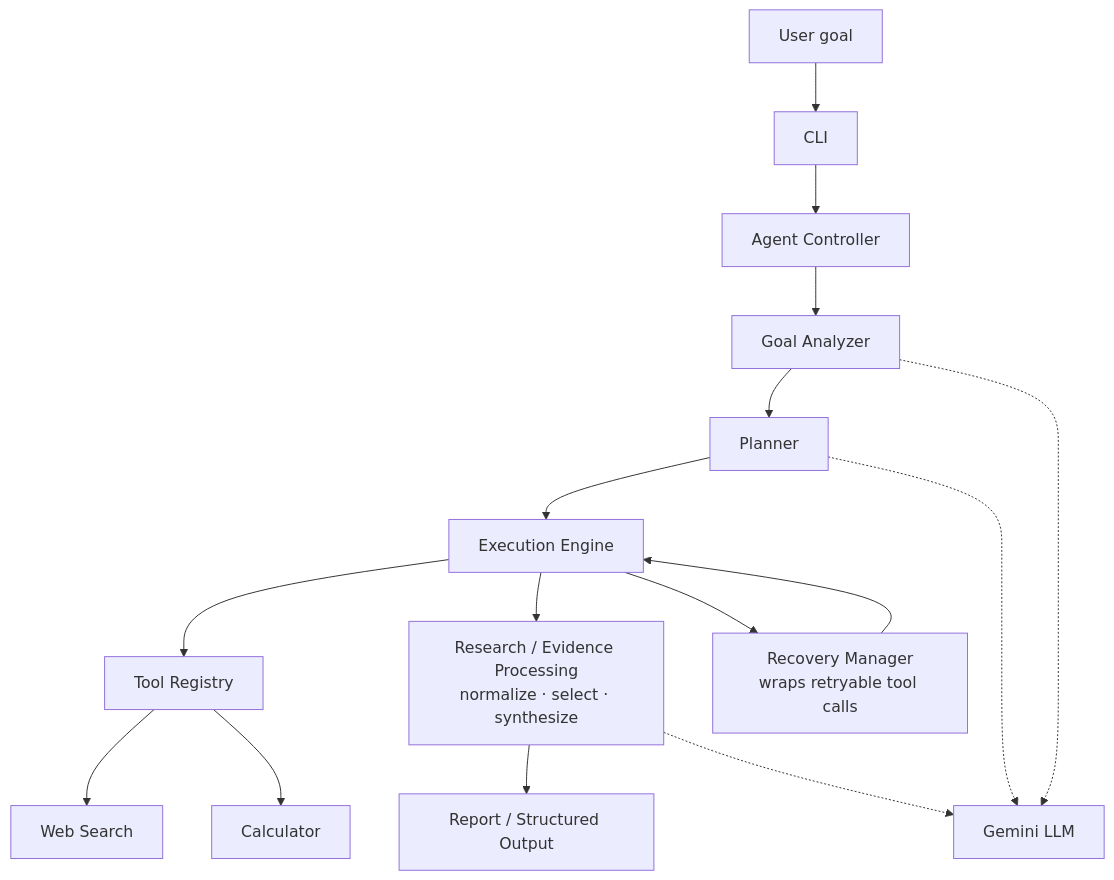
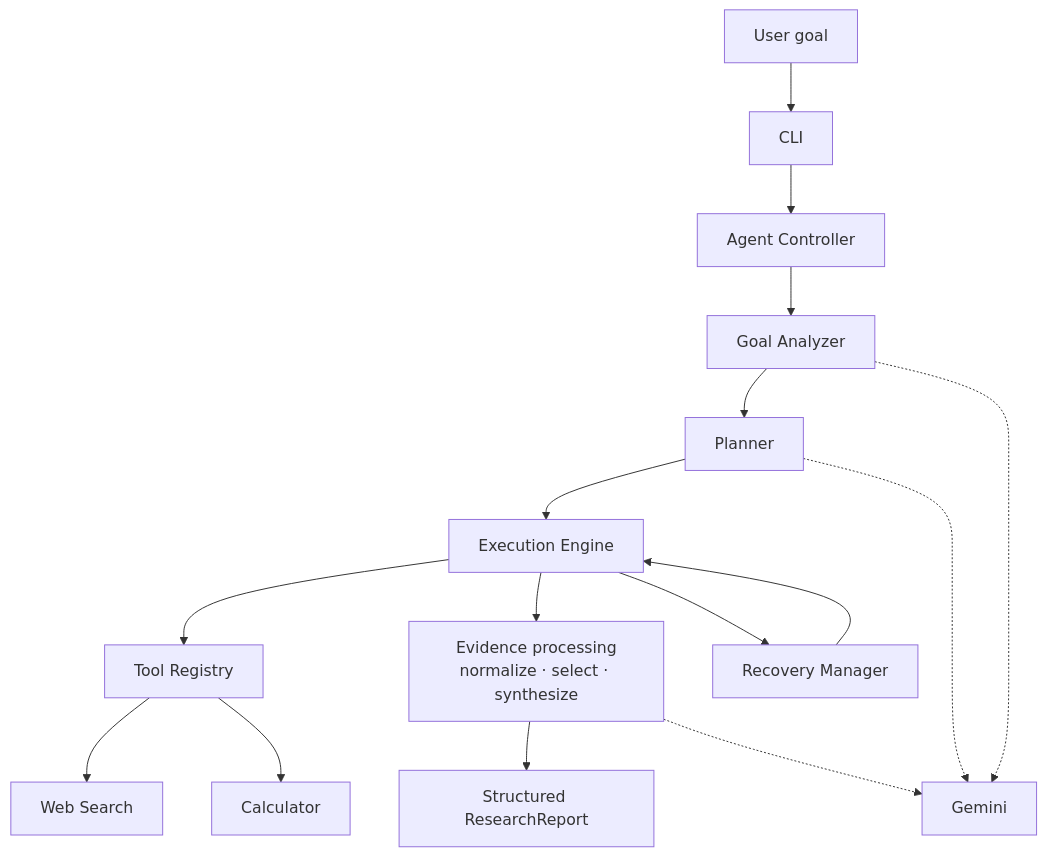
Before and after one commit to SANDEEP-K15/agentic-research-intelligence: the diagram in README.md, drawn with Mermaid. The commit also changed other lines of this file, not shown here.

````diff
--- a/README.md
+++ b/README.md
@@ -31,18 +23,18 @@
 ```mermaid
 flowchart TD
     U["User goal"] --> CLI["CLI"]
     CLI --> AC["Agent Controller"]
     AC --> GA["Goal Analyzer"]
     GA --> PL["Planner"]
     PL --> EE["Execution Engine"]
     EE --> TR["Tool Registry"]
     TR --> WS["Web Search"]
     TR --> CALC["Calculator"]
-    EE --> REP["Research / Evidence Processing<br/>normalize · select · synthesize"]
-    EE --> RM["Recovery Manager<br/>wraps retryable tool calls"]
-    REP --> RG["Report / Structured Output"]
+    EE --> REP["Evidence processing<br/>normalize · select · synthesize"]
+    EE --> RM["Recovery Manager"]
+    REP --> RPT["Structured ResearchReport"]
     RM --> EE
-    GA -.-> LLM["Gemini LLM"]
+    GA -.-> LLM["Gemini"]
     PL -.-> LLM
     REP -.-> LLM
 ```
````
